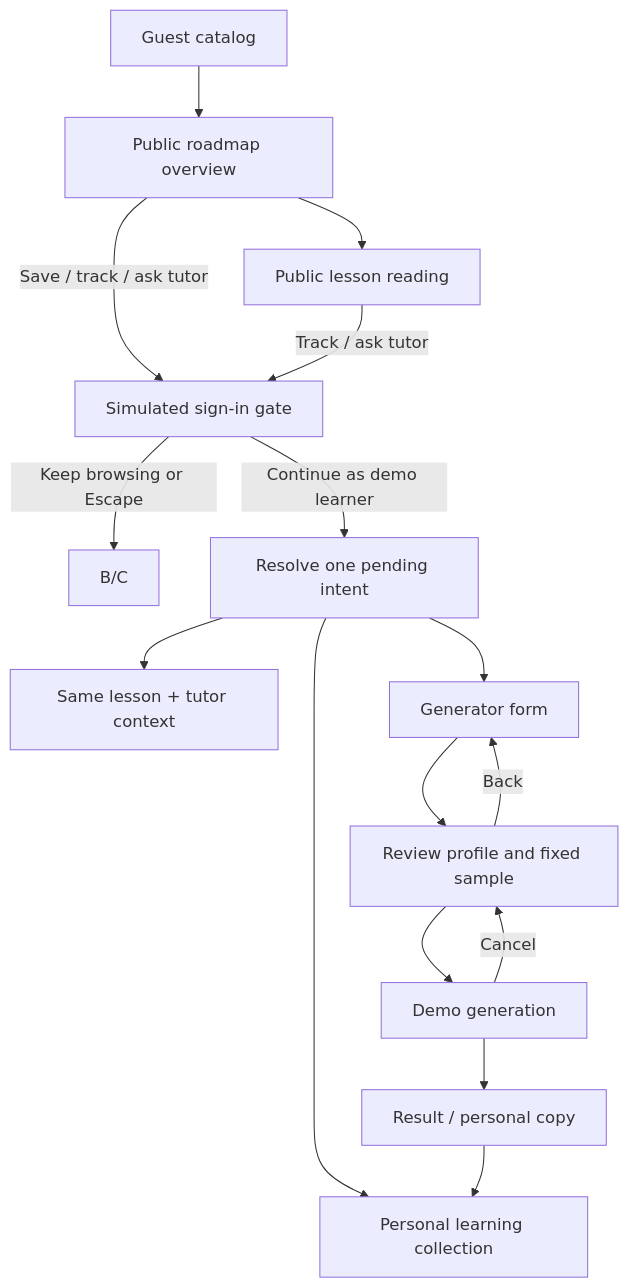
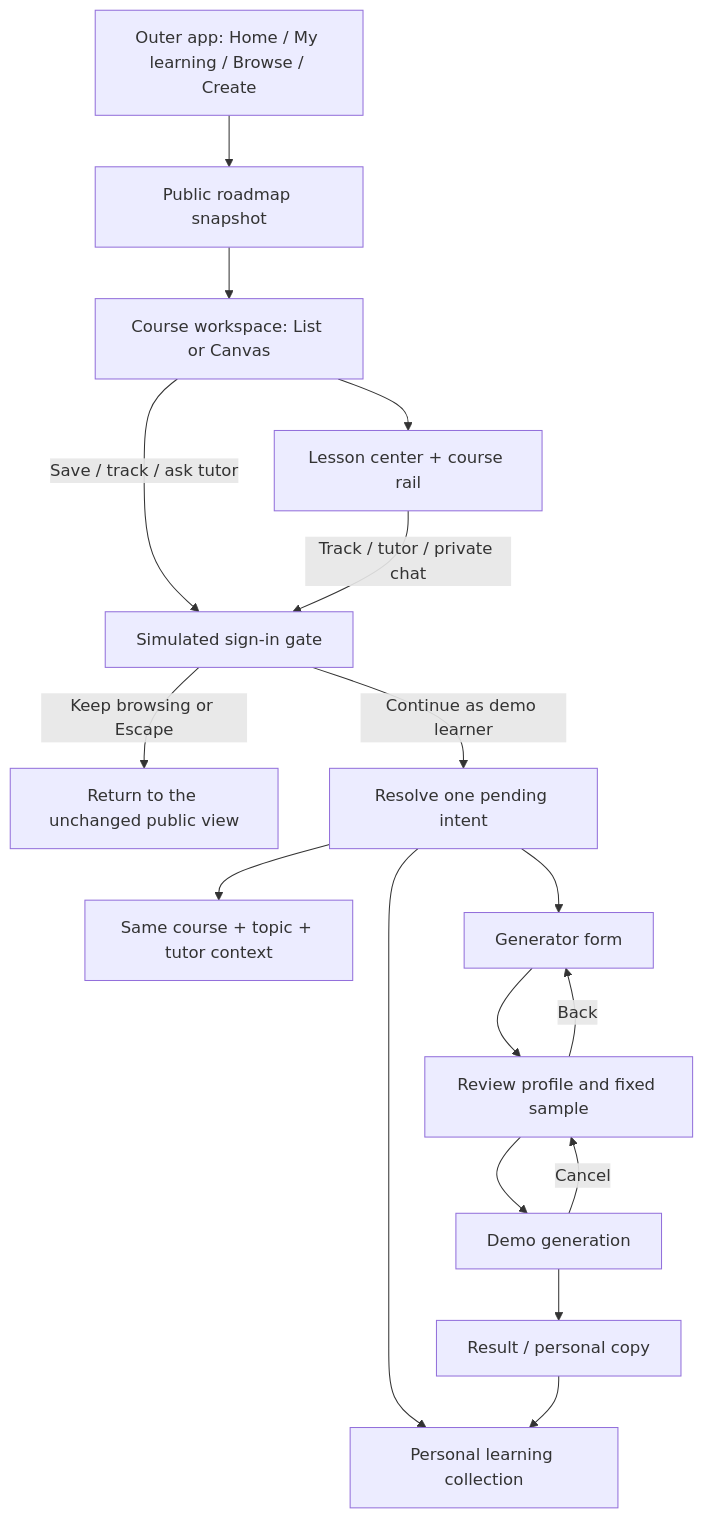
Before and after one commit to beingbalveer/GraphMind: the diagram in apps/web/prototype/BACKEND_HANDOFF.md, drawn with Mermaid. The commit also changed other lines of this file and 17 other files, not shown here.

Commit message:
feat: organize learning studio around course workspaces

````diff
--- a/apps/web/prototype/BACKEND_HANDOFF.md
+++ b/apps/web/prototype/BACKEND_HANDOFF.md
@@ -7,18 +7,19 @@
 ```mermaid
 flowchart TD
-  A[Guest catalog] --> B[Public roadmap overview]
-  B --> C[Public lesson reading]
-  B -->|Save / track / ask tutor| G[Simulated sign-in gate]
-  C -->|Track / ask tutor| G
-  G -->|Keep browsing or Escape| B/C
+  A[Outer app: Home / My learning / Browse / Create] --> B[Public roadmap snapshot]
+  B --> C[Course workspace: List or Canvas]
+  C --> D[Lesson center + course rail]
+  C -->|Save / track / ask tutor| G[Simulated sign-in gate]
+  D -->|Track / tutor / private chat| G
+  G -->|Keep browsing or Escape| R[Return to the unchanged public view]
   G -->|Continue as demo learner| H[Resolve one pending intent]
   H --> I[Personal learning collection]
-  H --> J[Same lesson + tutor context]
+  H --> J[Same course + topic + tutor context]
   H --> K[Generator form]
   K --> L[Review profile and fixed sample]
   L -->|Back| K
   L --> M[Demo generation]
   M -->|Cancel| L
   M --> N[Result / personal copy]
   N --> I
 ```
````
